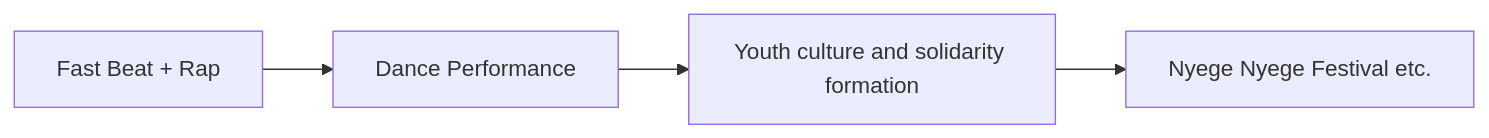
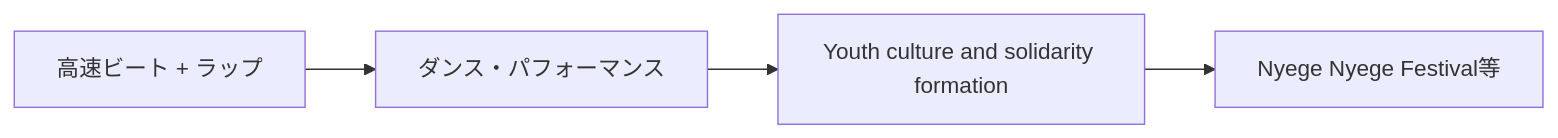
Before and after one commit to monumental-movement/monumental-movement.github.io: the second of 6 diagrams in en/_posts/2025-10-04-Column-Nyege-Nyege.md, drawn with Mermaid. The commit also changed other lines of this file and 2196 other files, not shown here.

```diff
--- a/en/_posts/2025-10-04-Column-Nyege-Nyege.md
+++ b/en/_posts/2025-10-04-Column-Nyege-Nyege.md
@@ -137,8 +136,8 @@
 <div class="mermaid">
 
 flowchart LR
-    Music["Fast Beat + Rap"] --> Dance["Dance Performance"]
+    Music["高速ビート + ラップ"] --> Dance["ダンス・パフォーマンス"]
     Dance --> Community["Youth culture and solidarity formation"]
-    Community --> Festivals["Nyege Nyege Festival etc."]
+    Community --> Festivals["Nyege Nyege Festival等"]
 
 </div>
```
